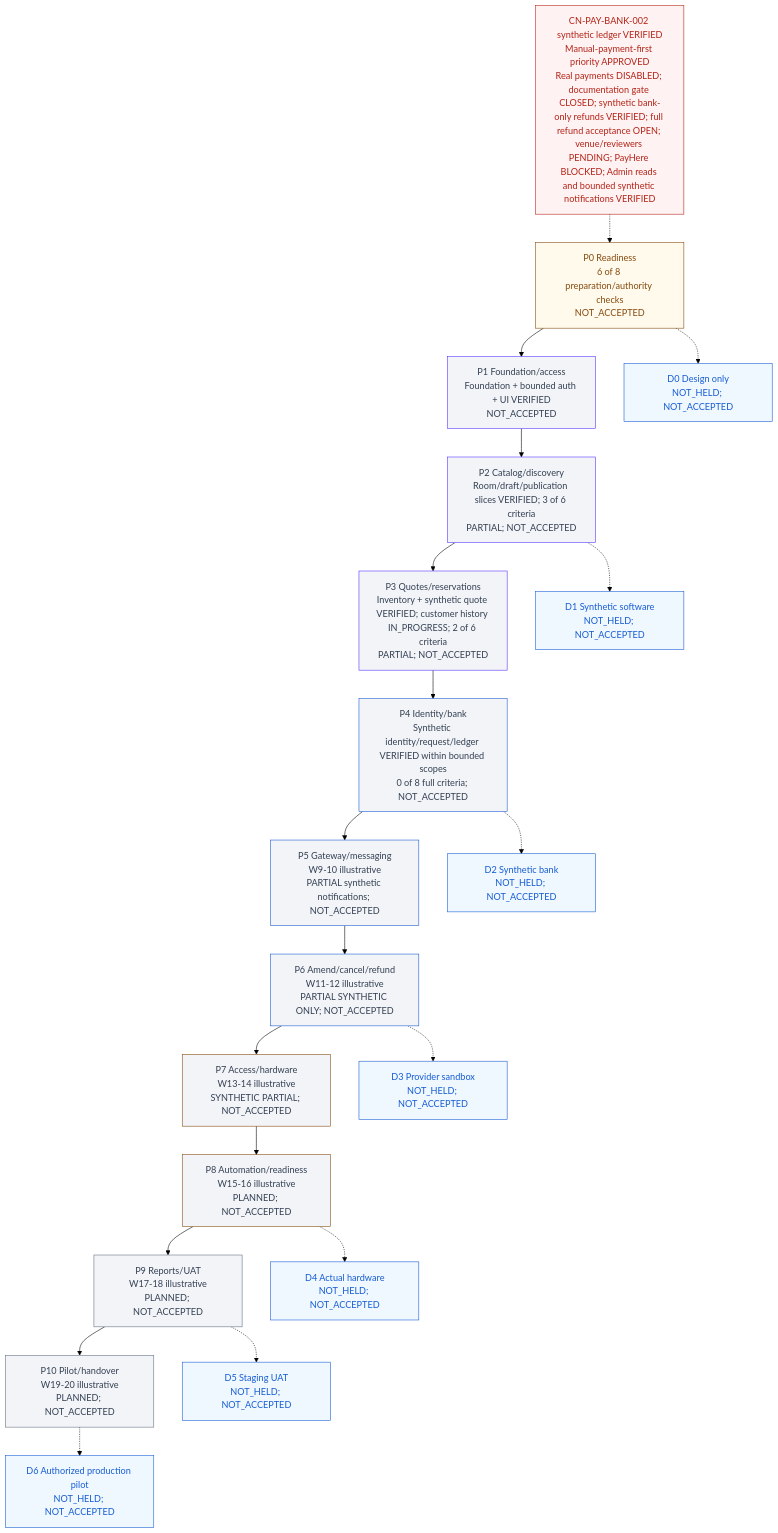
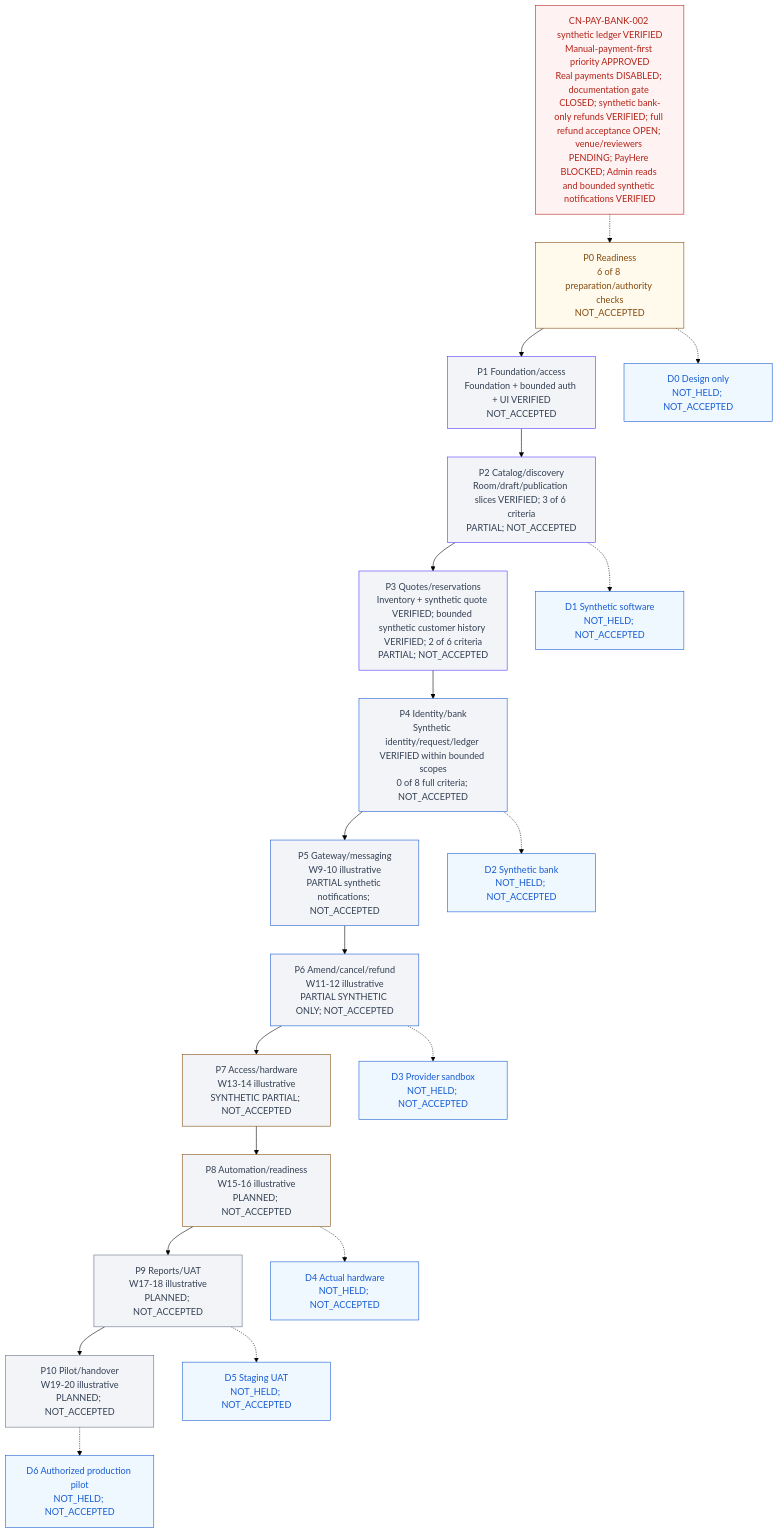
Before and after one commit to Hasitha3513/Theater-Project: the diagram in knowledge/PROGRESS.md, drawn with Mermaid (forest theme). The commit also changed other lines of this file and 4 other files, not shown here.

Commit message:
docs(customer): record verified synthetic history closure and CI evidence

````diff
--- a/knowledge/PROGRESS.md
+++ b/knowledge/PROGRESS.md
@@ -313,45 +313,45 @@
 ```mermaid
 flowchart TB
   G["CN-PAY-BANK-002 synthetic ledger VERIFIED<br/>Manual-payment-first priority APPROVED<br/>Real payments DISABLED; documentation gate CLOSED; synthetic bank-only refunds VERIFIED; full refund acceptance OPEN; venue/reviewers PENDING; PayHere BLOCKED; Admin reads and bounded synthetic notifications VERIFIED"]
   P0["P0 Readiness<br/>6 of 8 preparation/authority checks<br/>NOT_ACCEPTED"]
   P1["P1 Foundation/access<br/>Foundation + bounded auth + UI VERIFIED<br/>NOT_ACCEPTED"]
   P2["P2 Catalog/discovery<br/>Room/draft/publication slices VERIFIED; 3 of 6 criteria<br/>PARTIAL; NOT_ACCEPTED"]
-  P3["P3 Quotes/reservations<br/>Inventory + synthetic quote VERIFIED; customer history IN_PROGRESS; 2 of 6 criteria<br/>PARTIAL; NOT_ACCEPTED"]
+  P3["P3 Quotes/reservations<br/>Inventory + synthetic quote VERIFIED; bounded synthetic customer history VERIFIED; 2 of 6 criteria<br/>PARTIAL; NOT_ACCEPTED"]
   P4["P4 Identity/bank<br/>Synthetic identity/request/ledger VERIFIED within bounded scopes<br/>0 of 8 full criteria; NOT_ACCEPTED"]
   P5["P5 Gateway/messaging<br/>W9-10 illustrative<br/>PARTIAL synthetic notifications; NOT_ACCEPTED"]
   P6["P6 Amend/cancel/refund<br/>W11-12 illustrative<br/>PARTIAL SYNTHETIC ONLY; NOT_ACCEPTED"]
   P7["P7 Access/hardware<br/>W13-14 illustrative<br/>SYNTHETIC PARTIAL; NOT_ACCEPTED"]
   P8["P8 Automation/readiness<br/>W15-16 illustrative<br/>PLANNED; NOT_ACCEPTED"]
   P9["P9 Reports/UAT<br/>W17-18 illustrative<br/>PLANNED; NOT_ACCEPTED"]
   P10["P10 Pilot/handover<br/>W19-20 illustrative<br/>PLANNED; NOT_ACCEPTED"]
   G -.-> P0
   P0 --> P1 --> P2 --> P3 --> P4 --> P5 --> P6 --> P7 --> P8 --> P9 --> P10
   D0["D0 Design only<br/>NOT_HELD; NOT_ACCEPTED"]
   D1["D1 Synthetic software<br/>NOT_HELD; NOT_ACCEPTED"]
   D2["D2 Synthetic bank<br/>NOT_HELD; NOT_ACCEPTED"]
   D3["D3 Provider sandbox<br/>NOT_HELD; NOT_ACCEPTED"]
   D4["D4 Actual hardware<br/>NOT_HELD; NOT_ACCEPTED"]
   D5["D5 Staging UAT<br/>NOT_HELD; NOT_ACCEPTED"]
   D6["D6 Authorized production pilot<br/>NOT_HELD; NOT_ACCEPTED"]
   P0 -.-> D0
   P2 -.-> D1
   P4 -.-> D2
   P6 -.-> D3
   P8 -.-> D4
   P9 -.-> D5
   P10 -.-> D6
   classDef readiness fill:#FFFAEB,color:#854A0E,stroke:#854A0E;
   classDef foundation fill:#F2F4F7,color:#344054,stroke:#5135FF;
   classDef financial fill:#F2F4F7,color:#344054,stroke:#175CD3;
   classDef physical fill:#F2F4F7,color:#344054,stroke:#854A0E;
   classDef release fill:#F2F4F7,color:#344054,stroke:#667085;
   classDef blocked fill:#FEF3F2,color:#B42318,stroke:#B42318;
   classDef demo fill:#EFF8FF,color:#175CD3,stroke:#175CD3;
   class P0 readiness;
   class P1,P2,P3 foundation;
   class P4,P5,P6 financial;
   class P7,P8 physical;
   class P9,P10 release;
   class G blocked;
   class D0,D1,D2,D3,D4,D5,D6 demo;
 ```
````
